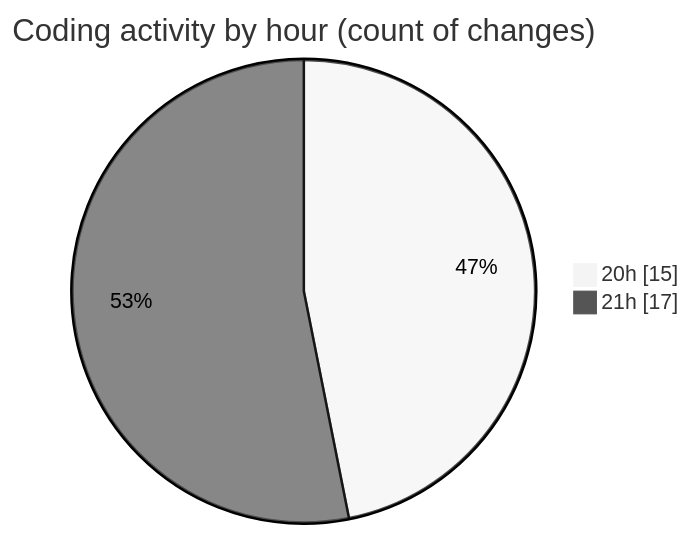
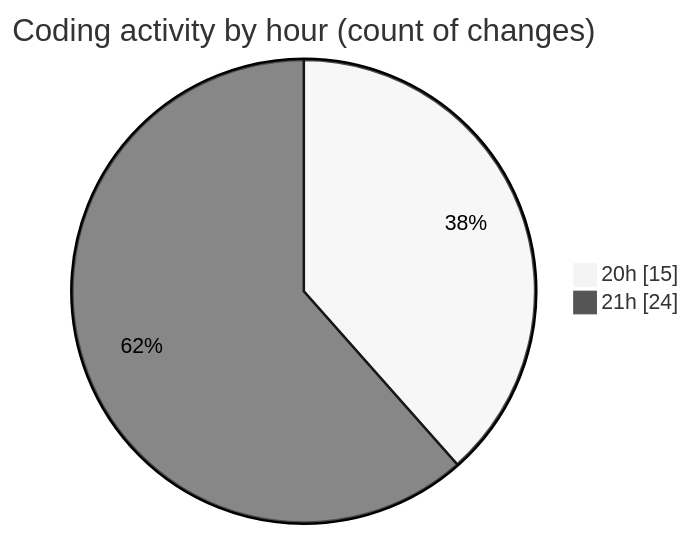
One commit to Netris89/code-tracking changed the second of 2 diagrams in 2025-05-02/date/README.md. Above: the diagram before and after it, drawn with Mermaid (neutral theme). The commit also changed other lines of this file and 1 other file, not shown here.

````diff
--- a/2025-05-02/date/README.md
+++ b/2025-05-02/date/README.md
@@ -34,6 +36,6 @@
 ```mermaid
 pie showData
 title Coding activity by hour (count of changes)
 "20h" : 15
-"21h" : 17
+"21h" : 24
 ```
````
